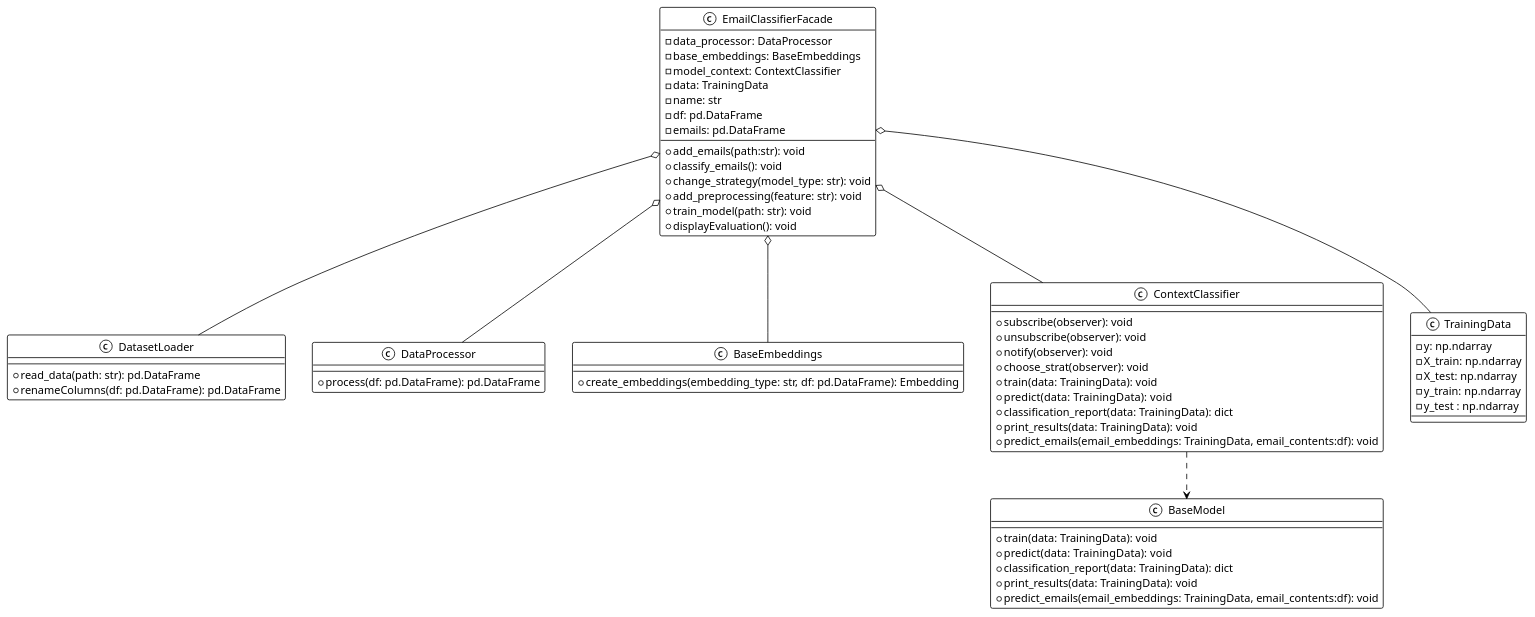
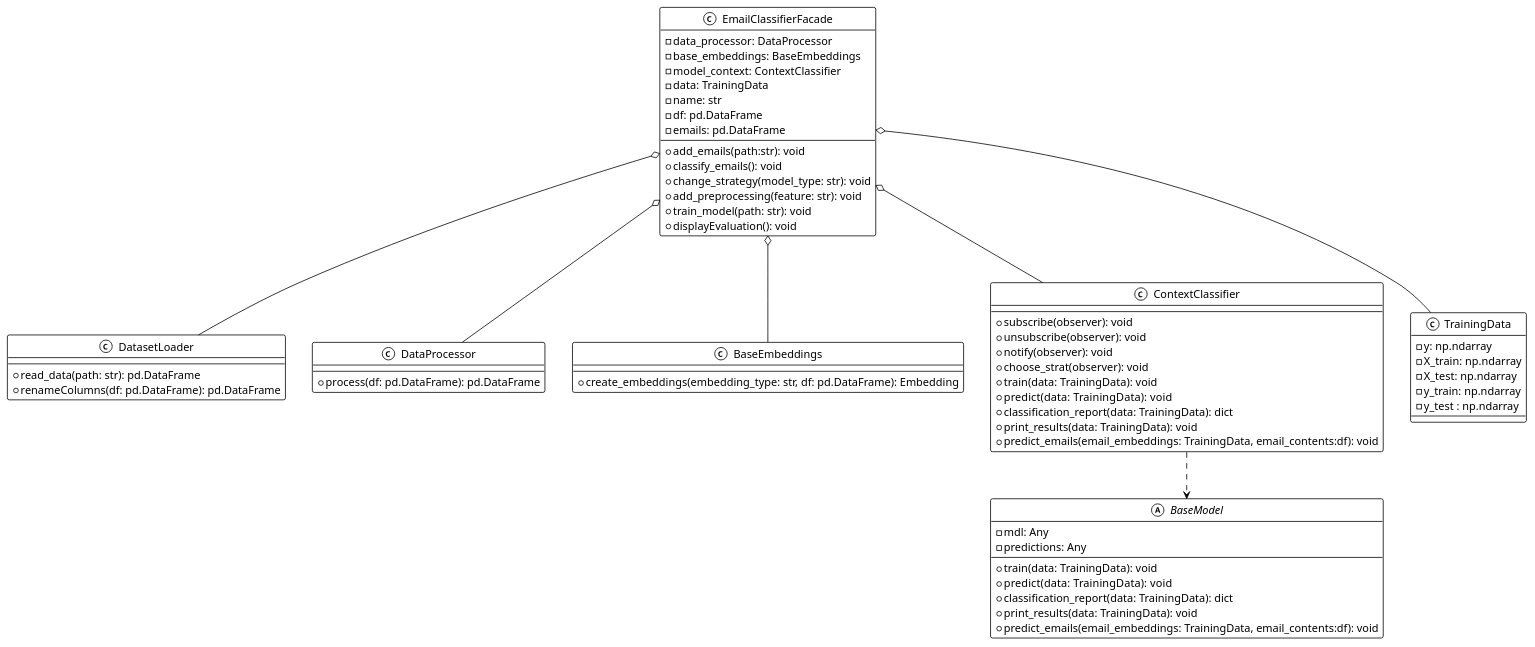
The diagram in uml/facade_pattern_sel.wsd (chrnas/email-classifier), drawn with PlantUML before and after one commit. The commit also changed 3 other files, not shown here.

Commit message:
change UML

```diff
--- a/uml/facade_pattern_sel.wsd
+++ b/uml/facade_pattern_sel.wsd
@@ -1,72 +1,74 @@
 @startuml
 !theme mono
 
 class EmailClassifierFacade {
     - data_processor: DataProcessor
     - base_embeddings: BaseEmbeddings
     - model_context: ContextClassifier
     - data: TrainingData
     - name: str
     - df: pd.DataFrame
     - emails: pd.DataFrame
     + add_emails(path:str): void
     + classify_emails(): void
     + change_strategy(model_type: str): void
     + add_preprocessing(feature: str): void
     + train_model(path: str): void
     + displayEvaluation(): void
 
 }
 
 class DatasetLoader {
     + read_data(path: str): pd.DataFrame
     + renameColumns(df: pd.DataFrame): pd.DataFrame
 }
 
 class DataProcessor {
     + process(df: pd.DataFrame): pd.DataFrame
 }
 
 class BaseEmbeddings {
     + create_embeddings(embedding_type: str, df: pd.DataFrame): Embedding
 }
 
 class ContextClassifier{
     + subscribe(observer): void
     + unsubscribe(observer): void
     + notify(observer): void
     + choose_strat(observer): void
     + train(data: TrainingData): void 
     + predict(data: TrainingData):  void 
     + classification_report(data: TrainingData): dict
     + print_results(data: TrainingData): void 
     + predict_emails(email_embeddings: TrainingData, email_contents:df): void
 
 }
 
-class BaseModel {
+abstract class BaseModel {
+    - mdl: Any
+    - predictions: Any
     + train(data: TrainingData): void 
     + predict(data: TrainingData):  void 
     + classification_report(data: TrainingData): dict
     + print_results(data: TrainingData): void 
     + predict_emails(email_embeddings: TrainingData, email_contents:df): void 
 }
 
 class TrainingData {
     - y: np.ndarray
     - X_train: np.ndarray
     - X_test: np.ndarray
     - y_train: np.ndarray
     - y_test : np.ndarray
 
 
 }
 
 EmailClassifierFacade o-- DatasetLoader
 EmailClassifierFacade o-- DataProcessor
 EmailClassifierFacade o-- BaseEmbeddings
 EmailClassifierFacade o-- ContextClassifier
 EmailClassifierFacade o-- TrainingData
 ContextClassifier ..> BaseModel
 
 @enduml
```
